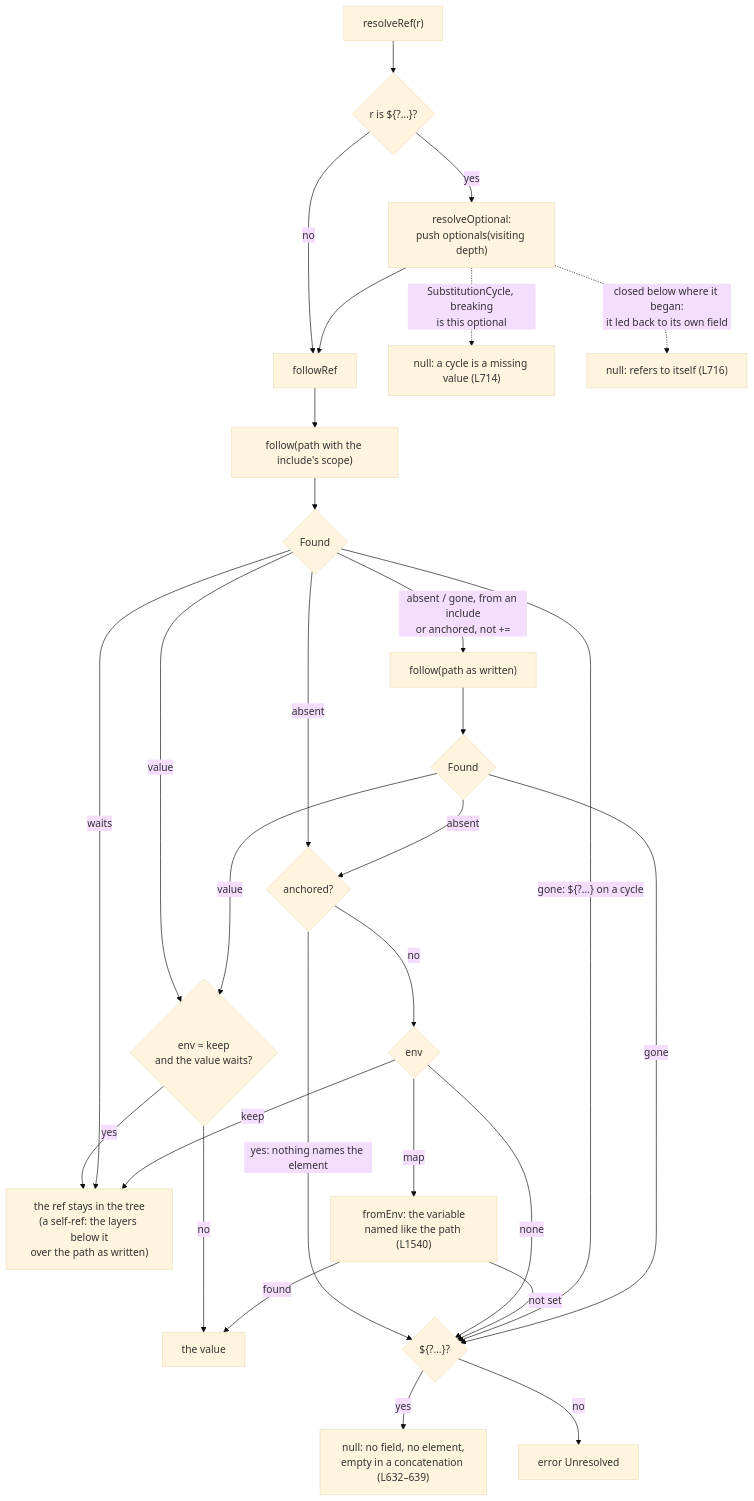
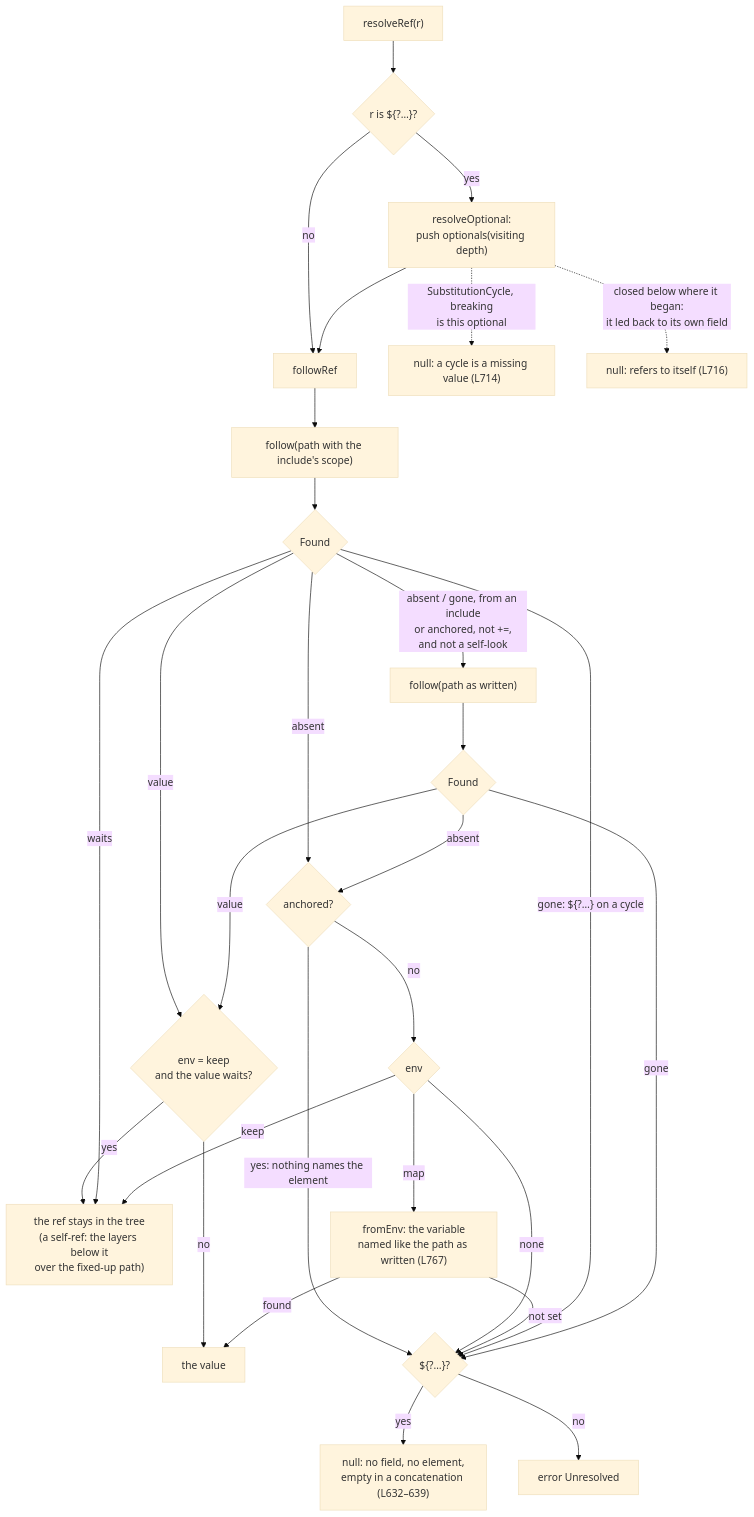
Before and after one commit to lejmr/zig-hocon: the fourth of 5 diagrams in docs/resolver.md, drawn with Mermaid (base theme). The commit also changed other lines of this file and 10 other files, not shown here.

First line of the commit message:
fix(resolve): optional type, one-link cycles, include self-ref (588/588)

````diff
--- a/docs/resolver.md
+++ b/docs/resolver.md
@@ -91,31 +93,31 @@
 ```mermaid
 flowchart TD
   RR["resolveRef(r)"] --> OQ{"r is ${?…}?"}
   OQ -->|yes| RO["resolveOptional:<br/>push optionals(visiting depth)"]
   OQ -->|no| FR
   RO --> FR["followRef"]
   RO -.->|"SubstitutionCycle, breaking<br/>is this optional"| ON["null: a cycle is a missing value (L714)"]
   RO -.->|"closed below where it began:<br/>it led back to its own field"| ON2["null: refers to itself (L716)"]
   FR --> F1["follow(path with the include's scope)"]
   F1 --> FQ{"Found"}
-  FQ -->|"absent / gone, from an include<br/>or anchored, not +="| F2["follow(path as written)"]
+  FQ -->|"absent / gone, from an include<br/>or anchored, not +=,<br/>and not a self-look"| F2["follow(path as written)"]
   F2 --> FQ2{"Found"}
   FQ -->|value| KQ{"env = keep<br/>and the value waits?"}
   FQ2 -->|value| KQ
   KQ -->|no| RET["the value"]
-  KQ -->|yes| LATER["the ref stays in the tree<br/>(a self-ref: the layers below it<br/>over the path as written)"]
+  KQ -->|yes| LATER["the ref stays in the tree<br/>(a self-ref: the layers below it<br/>over the fixed-up path)"]
   FQ -->|waits| LATER
   FQ -->|absent| EQ{"anchored?"}
   FQ2 -->|absent| EQ
   EQ -->|"yes: nothing names the element"| MQ
   EQ -->|no| EV{"env"}
-  EV -->|map| FE["fromEnv: the variable<br/>named like the path (L1540)"]
+  EV -->|map| FE["fromEnv: the variable<br/>named like the path as written (L767)"]
   EV -->|keep| LATER
   EV -->|none| MQ
   FE -->|found| RET
   FE -->|not set| MQ
   FQ -->|"gone: ${?…} on a cycle"| MQ
   FQ2 -->|gone| MQ
   MQ{"${?…}?"} -->|yes| NUL["null: no field, no element,<br/>empty in a concatenation (L632–639)"]
   MQ -->|no| UNR["error Unresolved"]
 ```
````
